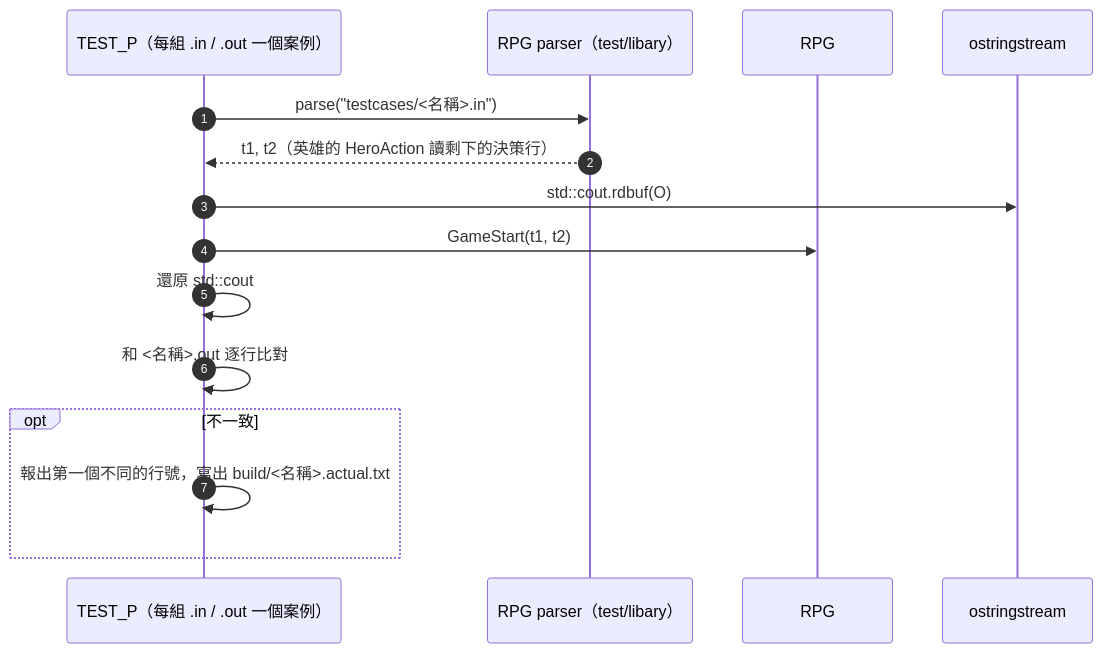
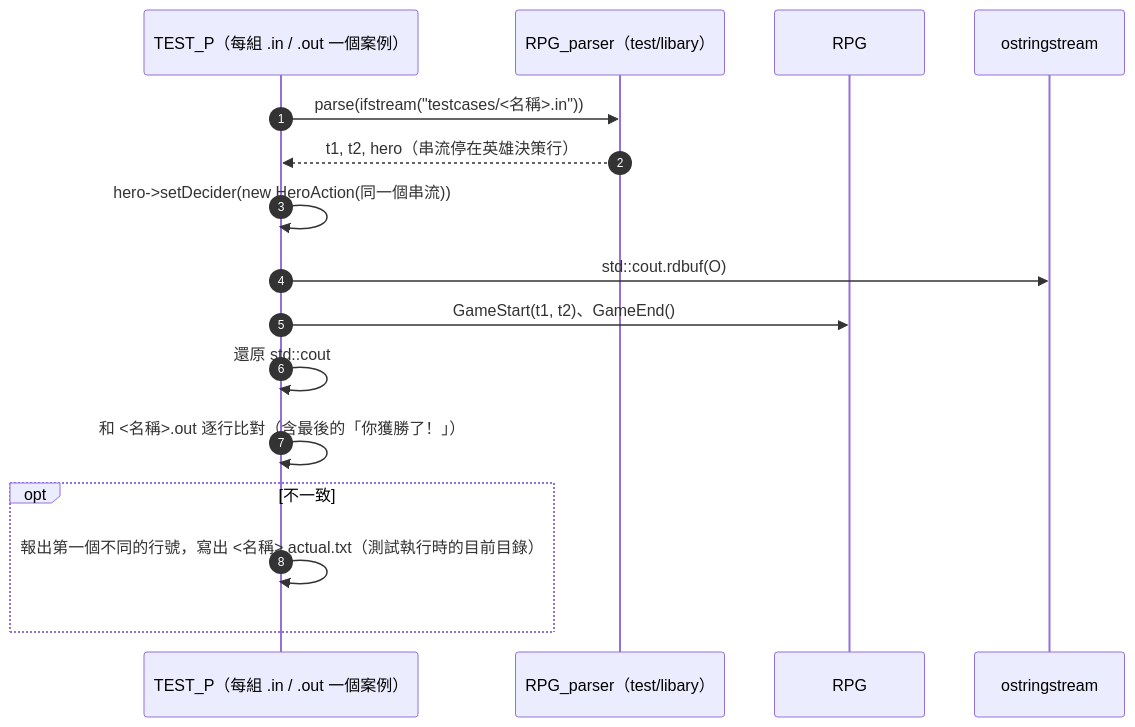
Before and after one commit to Chang-anthony/DesignPattern: diagram 14 of 14 in RPGGame/diagrams.md, drawn with Mermaid. The commit also changed other lines of this file and 3 other files, not shown here.

First line of the commit message:
docs(rpggame): document Battle, RPG, parser, and how to run the game

````diff
--- a/RPGGame/diagrams.md
+++ b/RPGGame/diagrams.md
@@ -806,18 +814,19 @@
 ```mermaid
 sequenceDiagram
     autonumber
     participant T as TEST_P（每組 .in / .out 一個案例）
-    participant P as RPG parser（test/libary）
+    participant P as RPG_parser（test/libary）
     participant G as RPG
     participant O as ostringstream
 
-    T->>P: parse("testcases/<名稱>.in")
-    P-->>T: t1, t2（英雄的 HeroAction 讀剩下的決策行）
+    T->>P: parse(ifstream("testcases/<名稱>.in"))
+    P-->>T: t1, t2, hero（串流停在英雄決策行）
+    T->>T: hero->setDecider(new HeroAction(同一個串流))
     T->>O: std::cout.rdbuf(O)
-    T->>G: GameStart(t1, t2)
+    T->>G: GameStart(t1, t2)、GameEnd()
     T->>T: 還原 std::cout
-    T->>T: 和 <名稱>.out 逐行比對
+    T->>T: 和 <名稱>.out 逐行比對（含最後的「你獲勝了！」）
     opt 不一致
-        T->>T: 報出第一個不同的行號，寫出 build/<名稱>.actual.txt
+        T->>T: 報出第一個不同的行號，寫出 <名稱>.actual.txt（測試執行時的目前目錄）
     end
 ```
````
